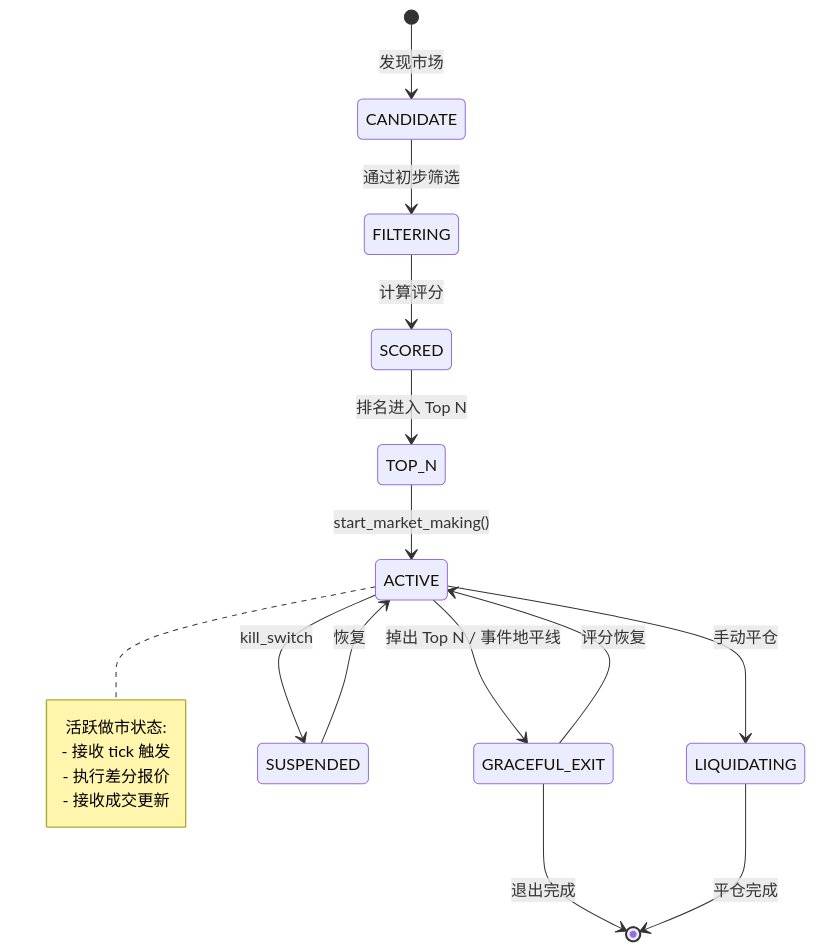
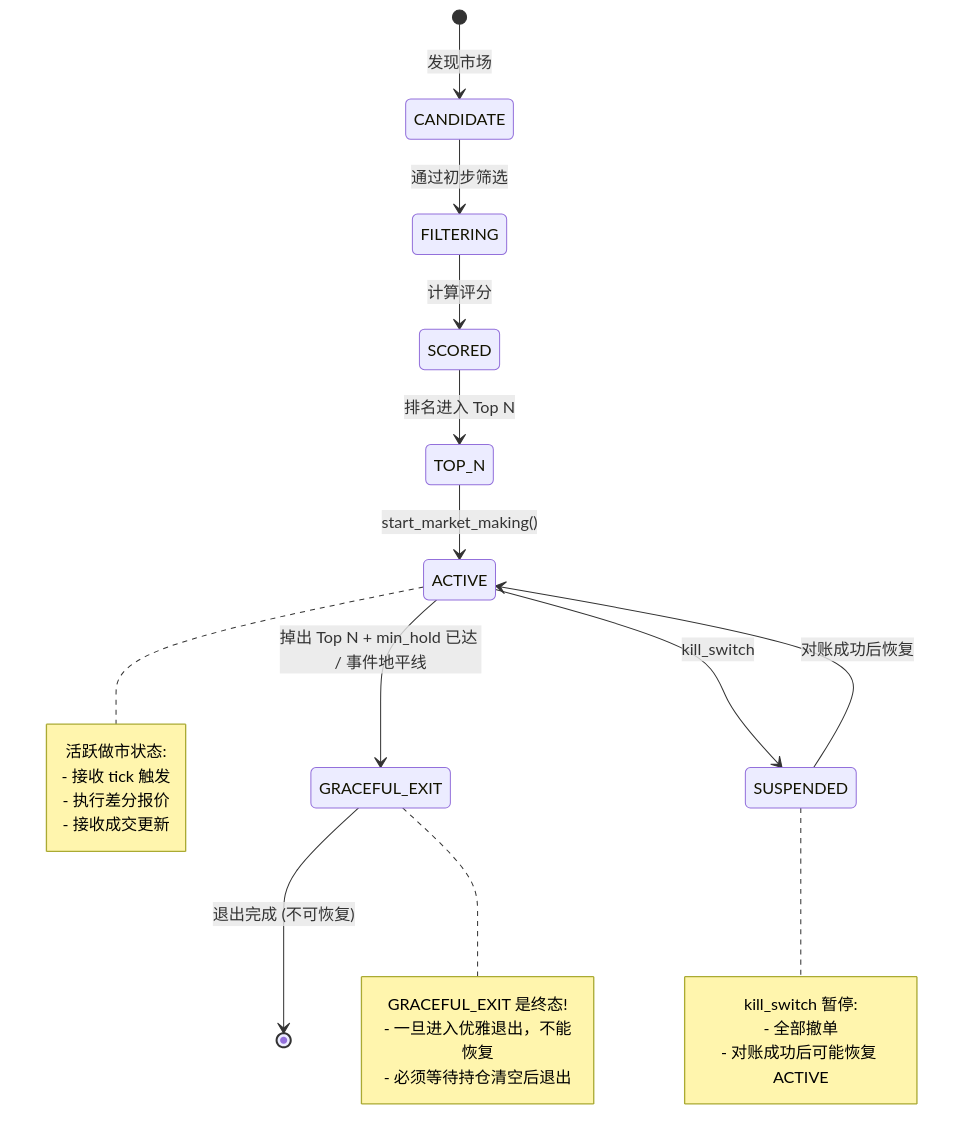
Before and after one commit to liu-kaining/PolyMatrixEngine: the third of 3 diagrams in spec/architecture_diagrams/09_auto_router.md, drawn with Mermaid. The commit also changed other lines of this file and 11 other files, not shown here.

````diff
--- a/spec/architecture_diagrams/09_auto_router.md
+++ b/spec/architecture_diagrams/09_auto_router.md
@@ -196,28 +196,37 @@
 ```mermaid
 %%{init: {'theme': 'base', 'themeVariables': {
   'primaryColor': '#1e3a5f',
   'primaryTextColor': '#ffffff',
   'primaryBorderColor': '#334155',
   'lineColor': '#64748b'
 }}%%
 stateDiagram-v2
     [*] --> CANDIDATE: 发现市场
     CANDIDATE --> FILTERING: 通过初步筛选
     FILTERING --> SCORED: 计算评分
     SCORED --> TOP_N: 排名进入 Top N
     TOP_N --> ACTIVE: start_market_making()
-    ACTIVE --> GRACEFUL_EXIT: 掉出 Top N / 事件地平线
-    GRACEFUL_EXIT --> ACTIVE: 评分恢复
-    GRACEFUL_EXIT --> [*]: 退出完成
+    ACTIVE --> GRACEFUL_EXIT: 掉出 Top N + min_hold 已达 / 事件地平线
+    GRACEFUL_EXIT --> [*]: 退出完成 (不可恢复)
     ACTIVE --> SUSPENDED: kill_switch
-    SUSPENDED --> ACTIVE: 恢复
-    ACTIVE --> LIQUIDATING: 手动平仓
-    LIQUIDATING --> [*]: 平仓完成
+    SUSPENDED --> ACTIVE: 对账成功后恢复
 
     note right of ACTIVE
         活跃做市状态:
         - 接收 tick 触发
         - 执行差分报价
         - 接收成交更新
     end note
+
+    note right of GRACEFUL_EXIT
+        GRACEFUL_EXIT 是终态!
+        - 一旦进入优雅退出，不能恢复
+        - 必须等待持仓清空后退出
+    end note
+
+    note right of SUSPENDED
+        kill_switch 暂停:
+        - 全部撤单
+        - 对账成功后可能恢复 ACTIVE
+    end note
 ```
````
